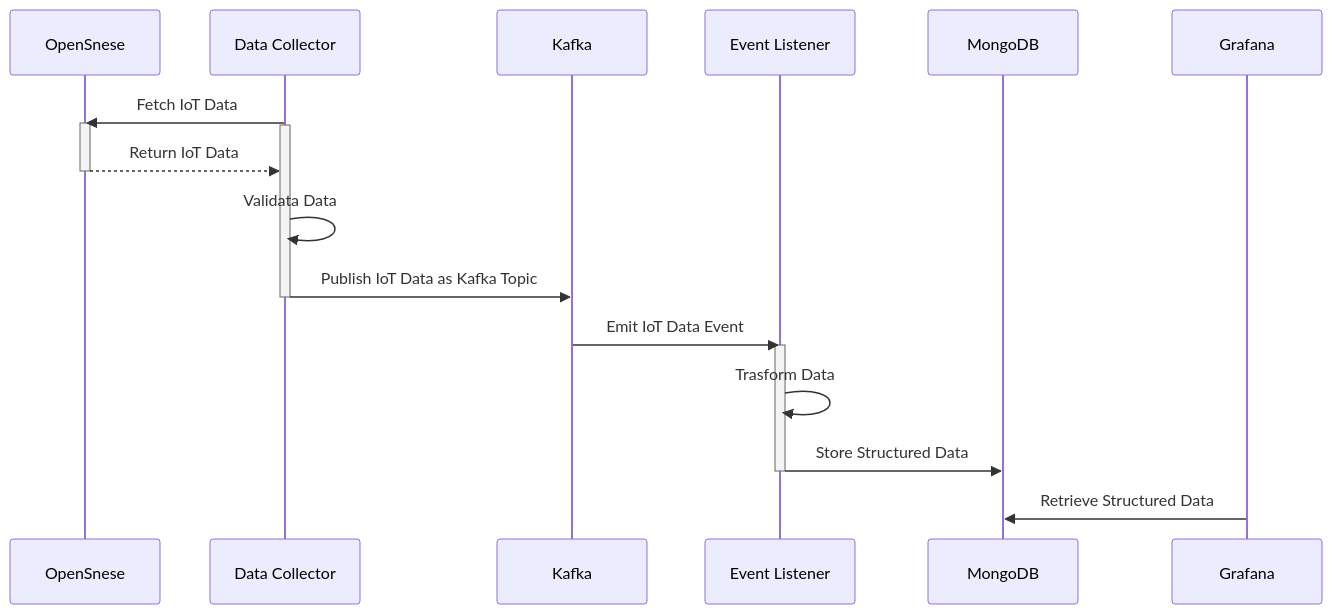
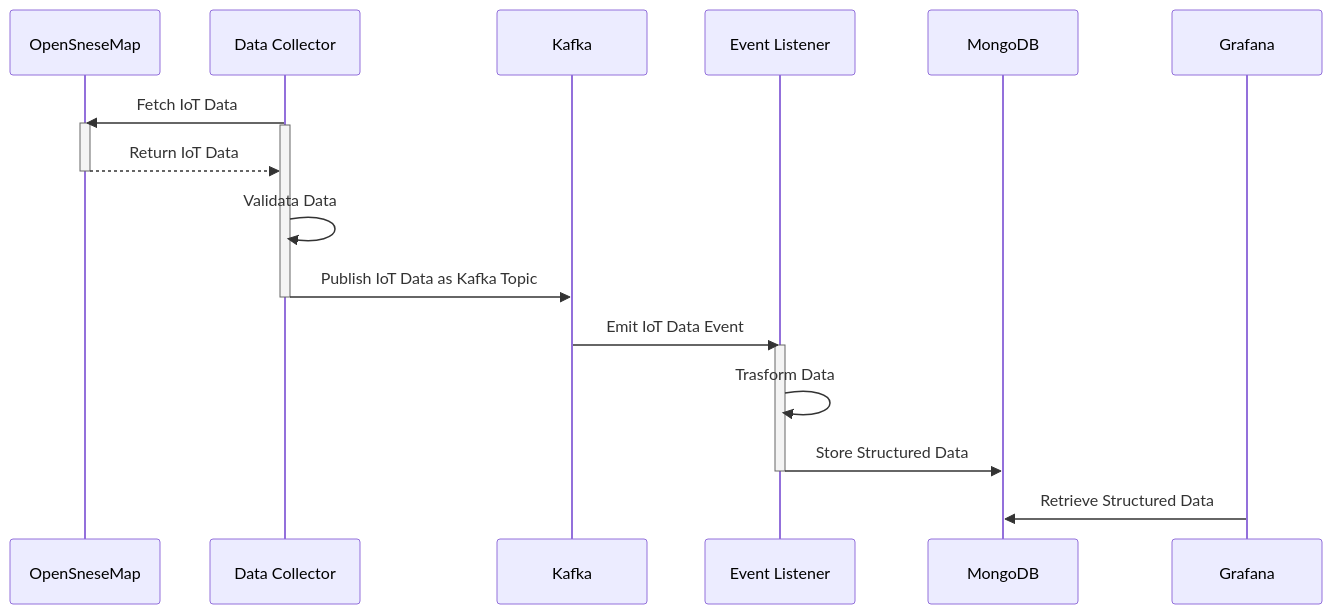
The diagram in architecture/system-behaviour.mmd (sammy11111/kafka-iot), drawn with Mermaid before and after one commit. The commit also changed 3 other files, not shown here.

Commit message:
Rename OpenSense to OpenSenseMap

```diff
--- a/architecture/system-behaviour.mmd
+++ b/architecture/system-behaviour.mmd
@@ -1,22 +1,22 @@
 sequenceDiagram
-    participant OS as OpenSnese
+    participant OS as OpenSneseMap
     participant DC as Data Collector
     participant KK as Kafka
     participant EL as Event Listener
     participant DB as MongoDB
     participant GN as Grafana
 
     DC->>OS: Fetch IoT Data
     activate OS
     activate DC
     OS-->>DC: Return IoT Data
     deactivate OS
     DC->>DC: Validata Data
     DC->>KK: Publish IoT Data as Kafka Topic
     deactivate DC
     KK->>EL: Emit IoT Data Event
     activate EL
     EL->>EL: Trasform Data
     EL->>DB: Store Structured Data
     deactivate EL
     GN->>DB: Retrieve Structured Data
```
